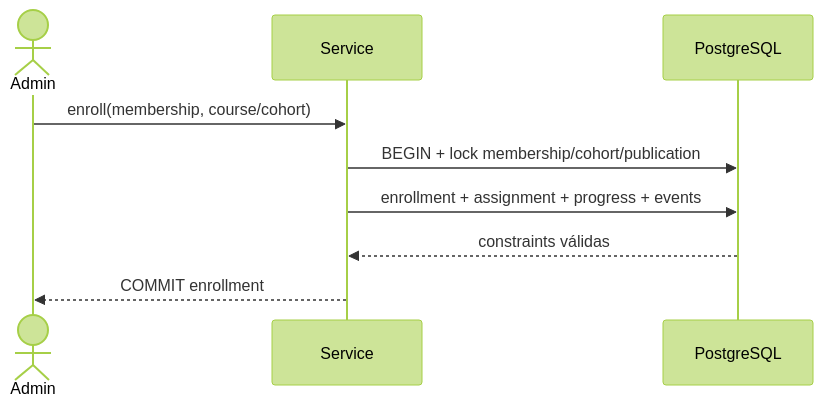
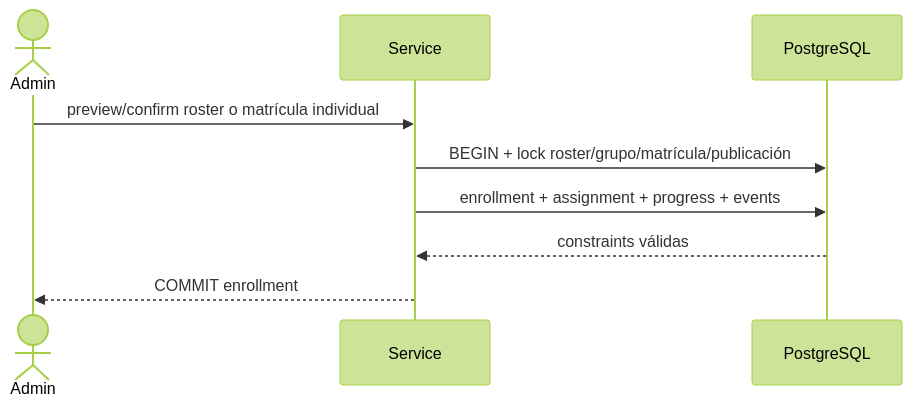
One commit to DuvanMontoya/LMS changed the fifth of 14 diagrams in docs/architecture/LEARNING.md. Above: the diagram before and after it, drawn with Mermaid (forest theme). The commit also changed other lines of this file and 63 other files, not shown here.

````diff
--- a/docs/architecture/LEARNING.md
+++ b/docs/architecture/LEARNING.md
@@ -42,11 +48,11 @@
 ```mermaid
 sequenceDiagram
   actor Admin
   participant Service
   participant PostgreSQL
-  Admin->>Service: enroll(membership, course/cohort)
-  Service->>PostgreSQL: BEGIN + lock membership/cohort/publication
+  Admin->>Service: preview/confirm roster o matrícula individual
+  Service->>PostgreSQL: BEGIN + lock roster/grupo/matrícula/publicación
   Service->>PostgreSQL: enrollment + assignment + progress + events
   PostgreSQL-->>Service: constraints válidas
   Service-->>Admin: COMMIT enrollment
 ```
````
